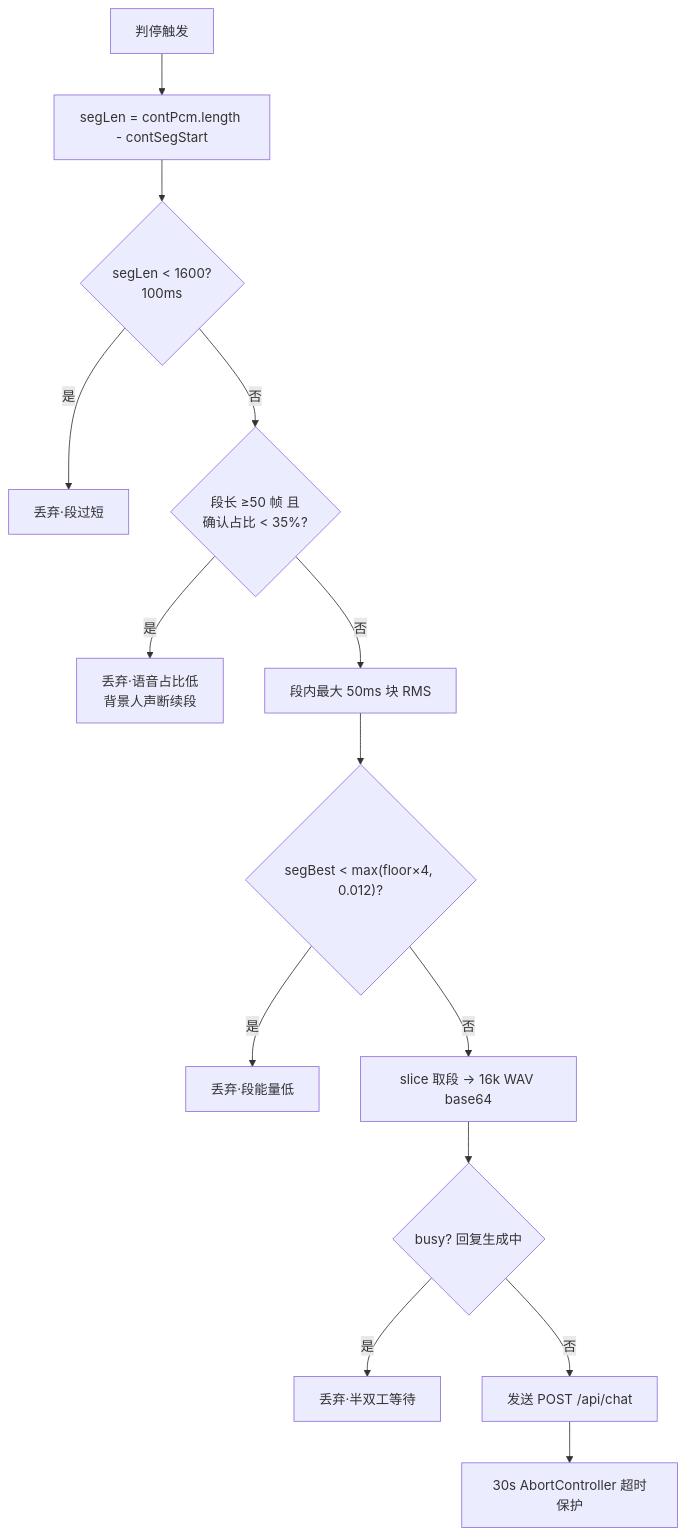
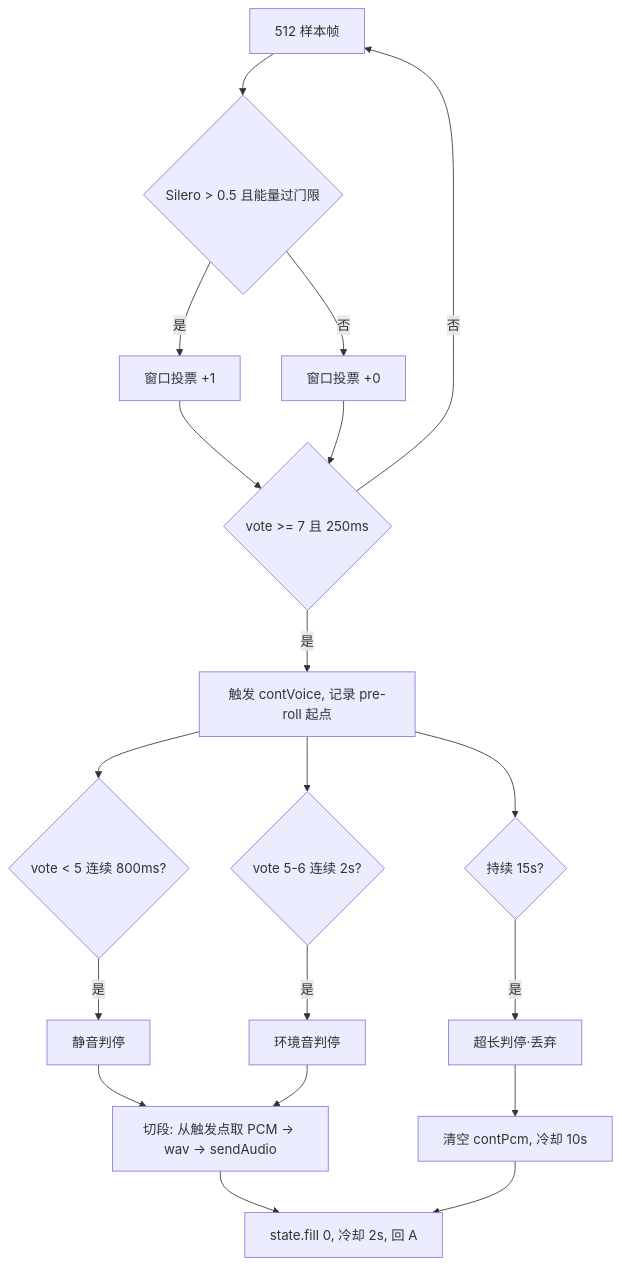
Before and after one commit to Xudream/duplex-voice: the first of 2 diagrams in docs/软件设计.md, drawn with Mermaid. The commit also changed other lines of this file and 8 other files, not shown here.

````diff
--- a/docs/软件设计.md
+++ b/docs/软件设计.md
@@ -178,16 +131,19 @@
 ```mermaid
 flowchart TD
-    A[判停触发] --> B[segLen = contPcm.length - contSegStart]
-    B --> C{segLen < 1600?<br/>100ms}
-    C -- 是 --> D[丢弃·段过短]
-    C -- 否 --> E{段长 ≥50 帧 且<br/>确认占比 < 35%?}
-    E -- 是 --> F[丢弃·语音占比低<br/>背景人声断续段]
-    E -- 否 --> G[段内最大 50ms 块 RMS]
-    G --> H{"segBest < max(floor×4, 0.012)?"}
-    H -- 是 --> I[丢弃·段能量低]
-    H -- 否 --> J[slice 取段 → 16k WAV base64]
-    J --> K{busy? 回复生成中}
-    K -- 是 --> L[丢弃·半双工等待]
-    K -- 否 --> M[发送 POST /api/chat]
-    M --> N[30s AbortController 超时保护]
+    A[512 样本帧] --> B{Silero > 0.5 且能量过门限}
+    B -- 是 --> C[窗口投票 +1]
+    B -- 否 --> D[窗口投票 +0]
+    C & D --> E{vote >= 7 且 250ms}
+    E -- 是 --> F[触发 contVoice, 记录 pre-roll 起点]
+    E -- 否 --> A
+    F --> G{vote < 5 连续 800ms?}
+    F --> H{vote 5-6 连续 2s?}
+    F --> I{持续 15s?}
+    G -- 是 --> J[静音判停]
+    H -- 是 --> J2[环境音判停]
+    I -- 是 --> J3[超长判停·丢弃]
+    J & J2 --> K[切段: 从触发点取 PCM → wav → sendAudio]
+    J3 --> L[清空 contPcm, 冷却 10s]
+    K --> M[state.fill 0, 冷却 2s, 回 A]
+    L --> M
 ```
````
